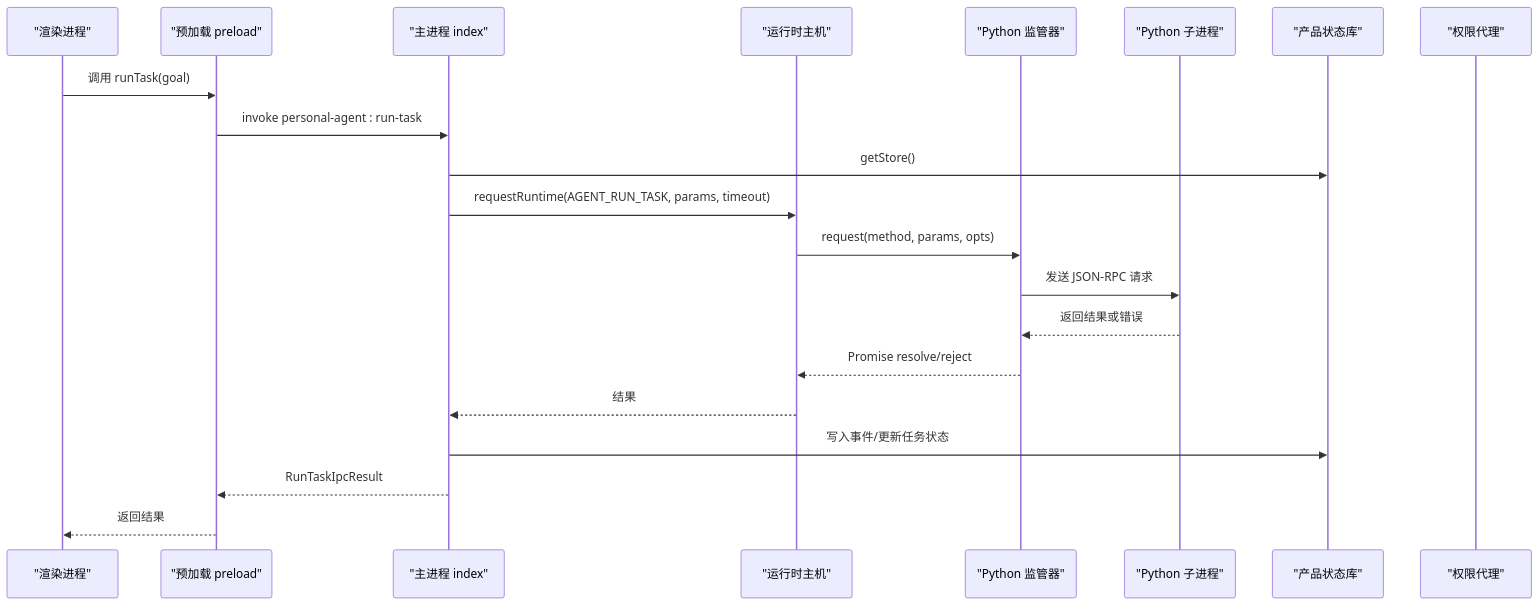
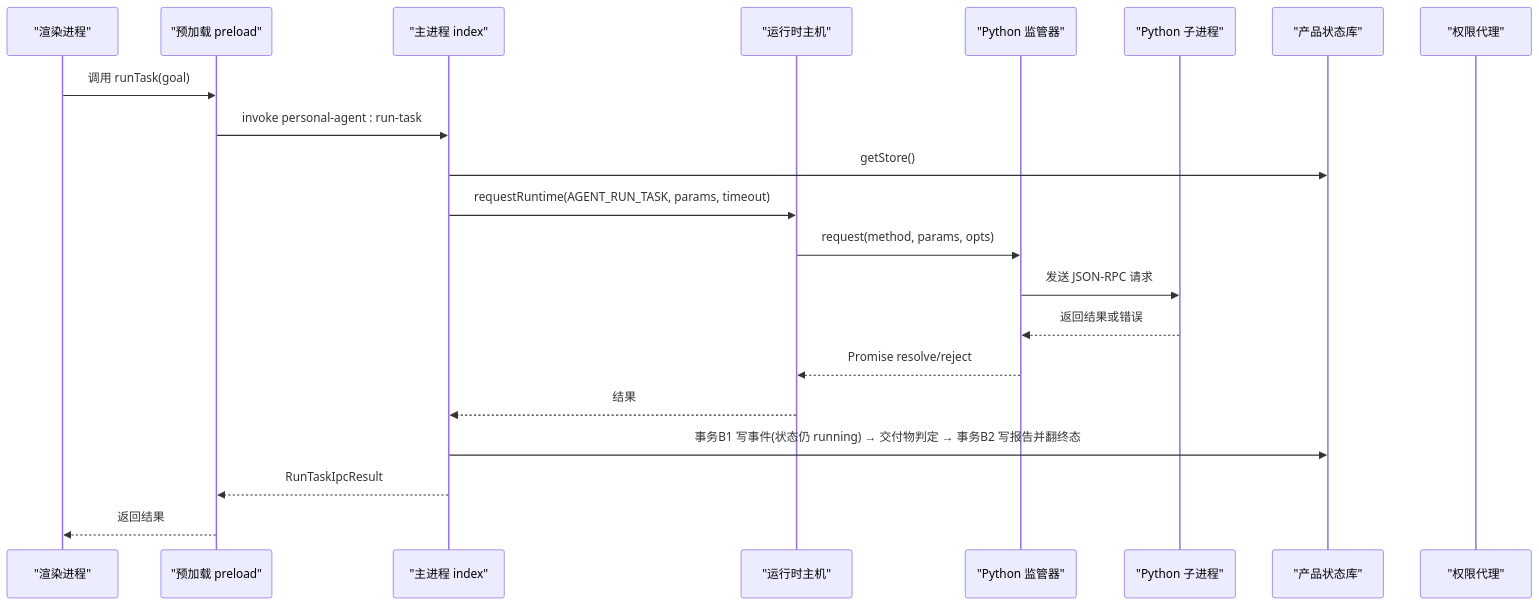
Before and after one commit to Azusa010/personal-agent: the second of 8 diagrams in .repowiki/zh/content/架构设计/Electron 应用架构/主进程架构.md, drawn with Mermaid. The commit also changed other lines of this file and 23 other files, not shown here.

````diff
--- a/.repowiki/zh/content/架构设计/Electron 应用架构/主进程架构.md
+++ b/.repowiki/zh/content/架构设计/Electron 应用架构/主进程架构.md
@@ -104,23 +104,23 @@
 ```mermaid
 sequenceDiagram
 participant R as "渲染进程"
 participant P as "预加载 preload"
 participant M as "主进程 index"
 participant RH as "运行时主机"
 participant PS as "Python 监管器"
 participant PY as "Python 子进程"
 participant DB as "产品状态库"
 participant PB as "权限代理"
 R->>P : 调用 runTask(goal)
 P->>M : invoke personal-agent : run-task
 M->>DB : getStore()
 M->>RH : requestRuntime(AGENT_RUN_TASK, params, timeout)
 RH->>PS : request(method, params, opts)
 PS->>PY : 发送 JSON-RPC 请求
 PY-->>PS : 返回结果或错误
 PS-->>RH : Promise resolve/reject
 RH-->>M : 结果
-M->>DB : 写入事件/更新任务状态
+M->>DB : 事务B1 写事件(状态仍 running) → 交付物判定 → 事务B2 写报告并翻终态
 M-->>P : RunTaskIpcResult
 P-->>R : 返回结果
 ```
````
